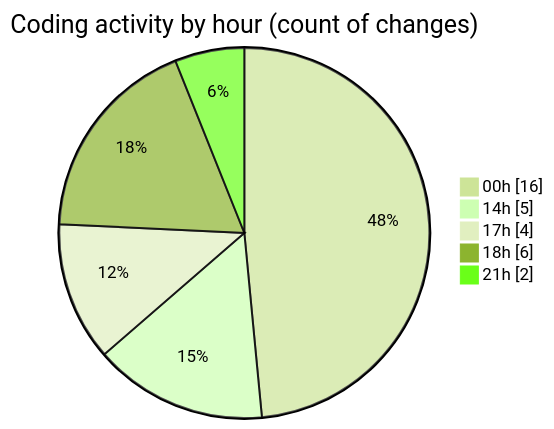
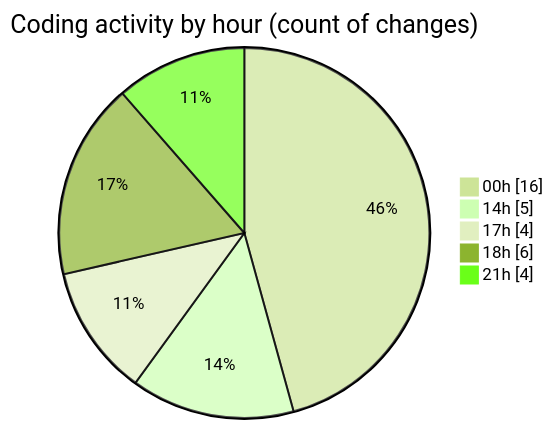
The second of 2 diagrams in 2025-08-01/tw-server/README.md (EIIisD/code-tracking), drawn with Mermaid (forest theme) before and after one commit. The commit also changed other lines of this file and 1 other file, not shown here.

````diff
--- a/2025-08-01/tw-server/README.md
+++ b/2025-08-01/tw-server/README.md
@@ -37,9 +38,9 @@
 ```mermaid
 pie showData
 title Coding activity by hour (count of changes)
 "00h" : 16
 "14h" : 5
 "17h" : 4
 "18h" : 6
-"21h" : 2
+"21h" : 4
 ```
````
